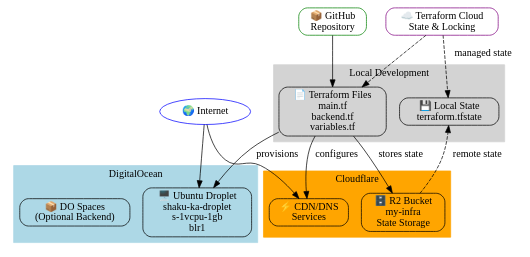
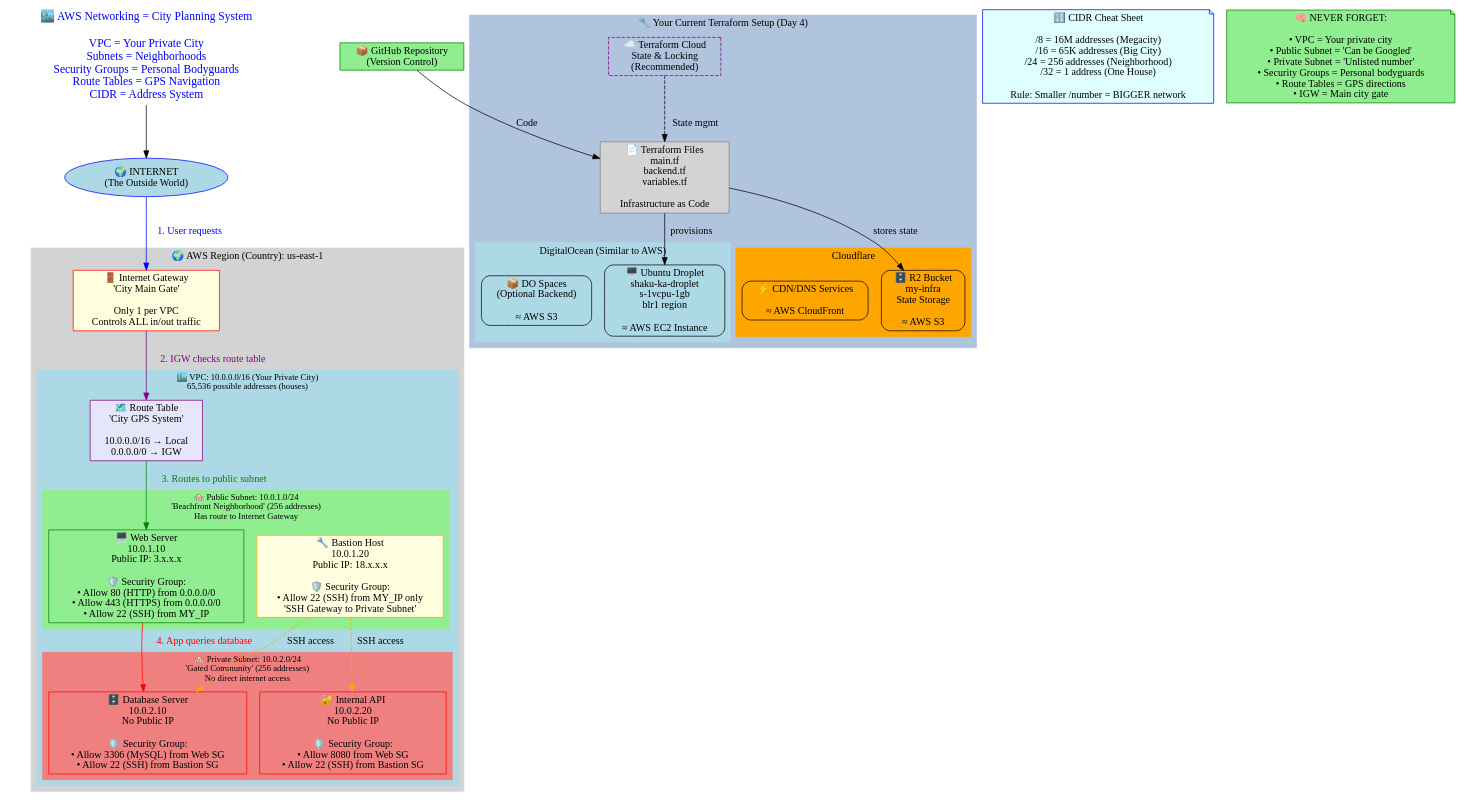
One commit to aliabbaschadhar/terraform changed the diagram in Day-5/infrastructure.dot. Above: the diagram before and after it, drawn with Graphviz. The commit also changed 4 other files, not shown here.

Commit message:
day 5 done with diagrams

```diff
--- a/Day-5/infrastructure.dot
+++ b/Day-5/infrastructure.dot
@@ -1,59 +1,125 @@
-// Terraform Infrastructure - Day 4
-// This is a simple DOT file for generating diagrams with Graphviz
+// AWS Networking Concepts + Terraform Infrastructure
+// Complete AWS networking visualization with real-world analogies
 // Usage: dot -Tpng infrastructure.dot -o infrastructure.png
+//        dot -Tsvg infrastructure.dot -o infrastructure.svg
 
-digraph terraform_infrastructure {
+digraph aws_networking_concepts {
     rankdir=TB;
     node [shape=box, style=rounded];
     
-    // External
-    internet [label="🌍 Internet", shape=ellipse, color=blue];
-    github [label="📦 GitHub\nRepository", color=green];
+    // Title
+    title [label="🏙️ AWS Networking = City Planning System\n\nVPC = Your Private City\nSubnets = Neighborhoods\nSecurity Groups = Personal Bodyguards\nRoute Tables = GPS Navigation\nCIDR = Address System", 
+           shape=plaintext, fontsize=16, fontcolor=blue];
     
-    // Terraform Cloud
-    tf_cloud [label="☁️ Terraform Cloud\nState & Locking", color=purple];
+    // External World
+    internet [label="🌍 INTERNET\n(The Outside World)", shape=ellipse, color=blue, style=filled, fillcolor=lightblue];
     
-    // DigitalOcean
-    subgraph cluster_do {
-        label="DigitalOcean";
+    // AWS Region (Country)
+    subgraph cluster_region {
+        label="🌍 AWS Region (Country): us-east-1";
         style=filled;
-        color=lightblue;
+        color=lightgray;
+        fontsize=14;
         
-        droplet [label="🖥️ Ubuntu Droplet\nshaku-ka-droplet\ns-1vcpu-1gb\nblr1"];
-        do_spaces [label="📦 DO Spaces\n(Optional Backend)"];
+        // Internet Gateway (City Main Gate)
+        igw [label="🚪 Internet Gateway\n'City Main Gate'\n\nOnly 1 per VPC\nControls ALL in/out traffic", 
+             color=red, style=filled, fillcolor=lightyellow];
+        
+        // VPC (Your Private City)
+        subgraph cluster_vpc {
+            label="🏙️ VPC: 10.0.0.0/16 (Your Private City)\n65,536 possible addresses (houses)";
+            style=filled;
+            color=lightblue;
+            fontsize=12;
+            
+            // Route Table (GPS System)
+            route_table [label="🗺️ Route Table\n'City GPS System'\n\n10.0.0.0/16 → Local\n0.0.0.0/0 → IGW", 
+                        color=purple, style=filled, fillcolor=lavender];
+            
+            // Public Subnet (Beachfront Neighborhood)
+            subgraph cluster_public {
+                label="🏘️ Public Subnet: 10.0.1.0/24\n'Beachfront Neighborhood' (256 addresses)\nHas route to Internet Gateway";
+                style=filled;
+                color=lightgreen;
+                
+                web_server [label="🖥️ Web Server\n10.0.1.10\nPublic IP: 3.x.x.x\n\n🛡️ Security Group:\n• Allow 80 (HTTP) from 0.0.0.0/0\n• Allow 443 (HTTPS) from 0.0.0.0/0\n• Allow 22 (SSH) from MY_IP", 
+                           color=green, style=filled, fillcolor=lightgreen];
+                
+                bastion [label="🔧 Bastion Host\n10.0.1.20\nPublic IP: 18.x.x.x\n\n🛡️ Security Group:\n• Allow 22 (SSH) from MY_IP only\n'SSH Gateway to Private Subnet'", 
+                        color=orange, style=filled, fillcolor=lightyellow];
+            }
+            
+            // Private Subnet (Gated Community)
+            subgraph cluster_private {
+                label="🏘️ Private Subnet: 10.0.2.0/24\n'Gated Community' (256 addresses)\nNo direct internet access";
+                style=filled;
+                color=lightcoral;
+                
+                database [label="🗄️ Database Server\n10.0.2.10\nNo Public IP\n\n🛡️ Security Group:\n• Allow 3306 (MySQL) from Web SG\n• Allow 22 (SSH) from Bastion SG", 
+                         color=red, style=filled, fillcolor=lightcoral];
+                
+                api_server [label="🔐 Internal API\n10.0.2.20\nNo Public IP\n\n🛡️ Security Group:\n• Allow 8080 from Web SG\n• Allow 22 (SSH) from Bastion SG", 
+                           color=red, style=filled, fillcolor=lightcoral];
+            }
+        }
     }
     
-    // Cloudflare
-    subgraph cluster_cf {
-        label="Cloudflare";
+    // External Services (Outside the Region)
+    github [label="📦 GitHub Repository\n(Version Control)", color=green, style=filled, fillcolor=lightgreen];
+    
+    // CIDR Explanation Box
+    cidr_info [label="🔢 CIDR Cheat Sheet\n\n/8 = 16M addresses (Megacity)\n/16 = 65K addresses (Big City)\n/24 = 256 addresses (Neighborhood)\n/32 = 1 address (One House)\n\nRule: Smaller /number = BIGGER network", 
+               shape=note, color=blue, style=filled, fillcolor=lightcyan];
+    
+    // Memory Anchors
+    memory [label="🧠 NEVER FORGET:\n\n• VPC = Your private city\n• Public Subnet = 'Can be Googled'\n• Private Subnet = 'Unlisted number'\n• Security Groups = Personal bodyguards\n• Route Tables = GPS directions\n• IGW = Main city gate", 
+            shape=note, color=green, style=filled, fillcolor=lightgreen];
+    
+    // Terraform Infrastructure (Your Current Setup)
+    subgraph cluster_terraform {
+        label="🔧 Your Current Terraform Setup (Day 4)";
         style=filled;
-        color=orange;
+        color=lightsteelblue;
         
-        r2_bucket [label="🗄️ R2 Bucket\nmy-infra\nState Storage"];
-        cdn [label="⚡ CDN/DNS\nServices"];
+        tf_cloud [label="☁️ Terraform Cloud\nState & Locking\n(Recommended)", color=purple, style=dashed];
+        
+        subgraph cluster_do {
+            label="DigitalOcean (Similar to AWS)";
+            style=filled;
+            color=lightblue;
+            
+            droplet [label="🖥️ Ubuntu Droplet\nshaku-ka-droplet\ns-1vcpu-1gb\nblr1 region\n\n≈ AWS EC2 Instance"];
+            do_spaces [label="📦 DO Spaces\n(Optional Backend)\n\n≈ AWS S3"];
+        }
+        
+        subgraph cluster_cf {
+            label="Cloudflare";
+            style=filled;
+            color=orange;
+            
+            r2_bucket [label="🗄️ R2 Bucket\nmy-infra\nState Storage\n\n≈ AWS S3"];
+            cdn [label="⚡ CDN/DNS Services\n\n≈ AWS CloudFront"];
+        }
+        
+        tf_files [label="📄 Terraform Files\nmain.tf\nbackend.tf\nvariables.tf\n\nInfrastructure as Code", 
+                 color=gray, style=filled, fillcolor=lightgray];
     }
     
-    // Local Development
-    subgraph cluster_local {
-        label="Local Development";
-        style=filled;
-        color=lightgray;
-        
-        tf_files [label="📄 Terraform Files\nmain.tf\nbackend.tf\nvariables.tf"];
-        tf_state [label="💾 Local State\nterraform.tfstate"];
-    }
+    // Traffic Flow Connections (The Story)
+    internet -> igw [label="1. User requests", color=blue, fontcolor=blue];
+    igw -> route_table [label="2. IGW checks route table", color=purple, fontcolor=purple];
+    route_table -> web_server [label="3. Routes to public subnet", color=green, fontcolor=green];
+    web_server -> database [label="4. App queries database", color=red, fontcolor=red];
+    bastion -> database [label="SSH access", style=dashed, color=orange];
+    bastion -> api_server [label="SSH access", style=dashed, color=orange];
     
-    // Connections
-    internet -> droplet;
-    internet -> cdn;
-    
-    github -> tf_files;
-    tf_cloud -> tf_files [style=dashed];
-    
+    // Terraform connections
+    github -> tf_files [label="Code"];
+    tf_cloud -> tf_files [style=dashed, label="State mgmt"];
     tf_files -> droplet [label="provisions"];
     tf_files -> r2_bucket [label="stores state"];
-    tf_files -> cdn [label="configures"];
     
-    r2_bucket -> tf_state [style=dashed, label="remote state"];
-    tf_cloud -> tf_state [style=dashed, label="managed state"];
+    // Layout hints
+    {rank=same; cidr_info; memory}
+    title -> internet;
 }
```
